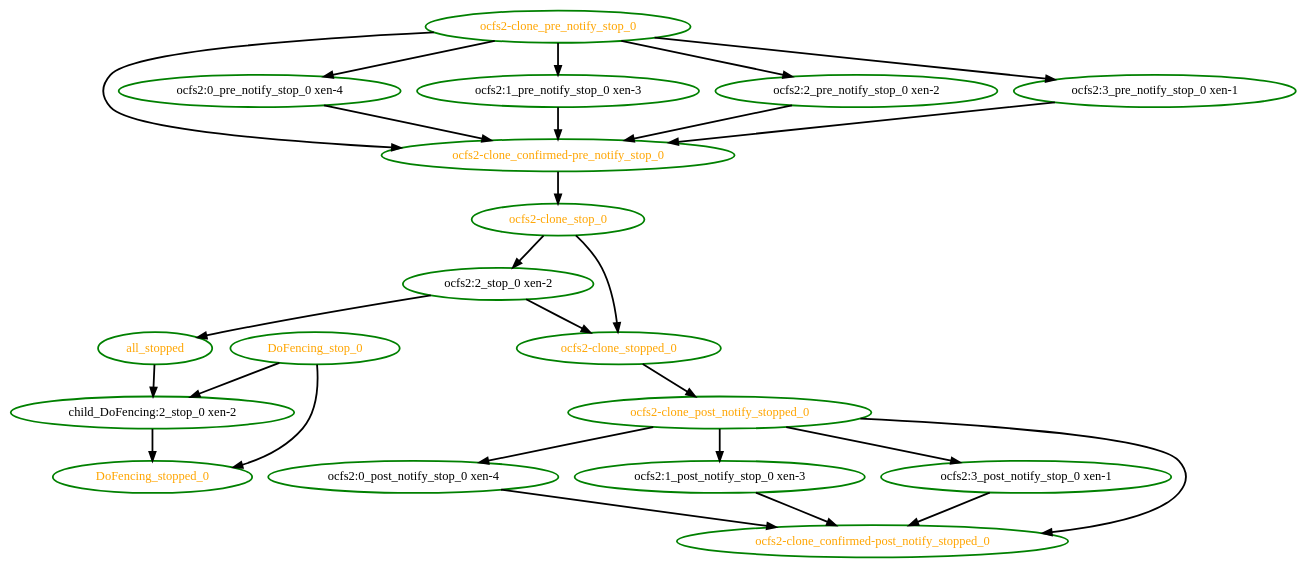
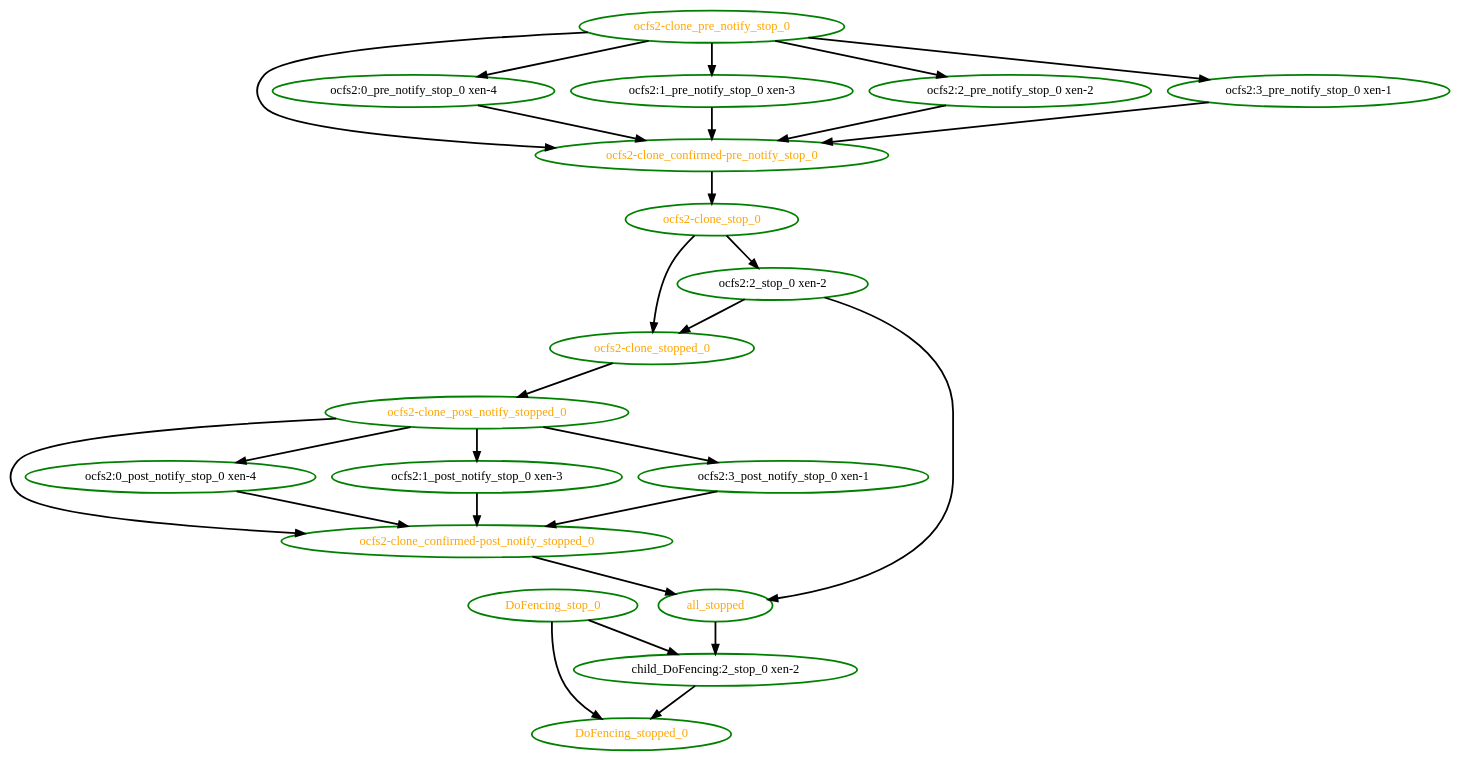
The diagram in pengine/test10/inc10.dot (linux-ha-japan/pm_diskd), drawn with Graphviz before and after one commit. The commit also changed 28 other files, not shown here.

Commit message:
Low: PE: Have post-notification of stops be an input to the all_stopped pseudo event

```diff
--- a/pengine/test10/inc10.dot
+++ b/pengine/test10/inc10.dot
@@ -1,46 +1,47 @@
  digraph "g" {
 "DoFencing_stop_0" -> "DoFencing_stopped_0" [ style = bold]
 "DoFencing_stop_0" -> "child_DoFencing:2_stop_0 xen-2" [ style = bold]
 "DoFencing_stop_0" [ style=bold color="green" fontcolor="orange" ]
 "DoFencing_stopped_0" [ style=bold color="green" fontcolor="orange" ]
 "all_stopped" -> "child_DoFencing:2_stop_0 xen-2" [ style = bold]
 "all_stopped" [ style=bold color="green" fontcolor="orange"  ]
 "child_DoFencing:2_stop_0 xen-2" -> "DoFencing_stopped_0" [ style = bold]
 "child_DoFencing:2_stop_0 xen-2" [ style=bold color="green" fontcolor="black" ]
+"ocfs2-clone_confirmed-post_notify_stopped_0" -> "all_stopped" [ style = bold]
 "ocfs2-clone_confirmed-post_notify_stopped_0" [ style=bold color="green" fontcolor="orange" ]
 "ocfs2-clone_confirmed-pre_notify_stop_0" -> "ocfs2-clone_stop_0" [ style = bold]
 "ocfs2-clone_confirmed-pre_notify_stop_0" [ style=bold color="green" fontcolor="orange" ]
 "ocfs2-clone_post_notify_stopped_0" -> "ocfs2-clone_confirmed-post_notify_stopped_0" [ style = bold]
 "ocfs2-clone_post_notify_stopped_0" -> "ocfs2:0_post_notify_stop_0 xen-4" [ style = bold]
 "ocfs2-clone_post_notify_stopped_0" -> "ocfs2:1_post_notify_stop_0 xen-3" [ style = bold]
 "ocfs2-clone_post_notify_stopped_0" -> "ocfs2:3_post_notify_stop_0 xen-1" [ style = bold]
 "ocfs2-clone_post_notify_stopped_0" [ style=bold color="green" fontcolor="orange" ]
 "ocfs2-clone_pre_notify_stop_0" -> "ocfs2-clone_confirmed-pre_notify_stop_0" [ style = bold]
 "ocfs2-clone_pre_notify_stop_0" -> "ocfs2:0_pre_notify_stop_0 xen-4" [ style = bold]
 "ocfs2-clone_pre_notify_stop_0" -> "ocfs2:1_pre_notify_stop_0 xen-3" [ style = bold]
 "ocfs2-clone_pre_notify_stop_0" -> "ocfs2:2_pre_notify_stop_0 xen-2" [ style = bold]
 "ocfs2-clone_pre_notify_stop_0" -> "ocfs2:3_pre_notify_stop_0 xen-1" [ style = bold]
 "ocfs2-clone_pre_notify_stop_0" [ style=bold color="green" fontcolor="orange" ]
 "ocfs2-clone_stop_0" -> "ocfs2-clone_stopped_0" [ style = bold]
 "ocfs2-clone_stop_0" -> "ocfs2:2_stop_0 xen-2" [ style = bold]
 "ocfs2-clone_stop_0" [ style=bold color="green" fontcolor="orange" ]
 "ocfs2-clone_stopped_0" -> "ocfs2-clone_post_notify_stopped_0" [ style = bold]
 "ocfs2-clone_stopped_0" [ style=bold color="green" fontcolor="orange" ]
 "ocfs2:0_post_notify_stop_0 xen-4" -> "ocfs2-clone_confirmed-post_notify_stopped_0" [ style = bold]
 "ocfs2:0_post_notify_stop_0 xen-4" [ style=bold color="green" fontcolor="black" ]
 "ocfs2:0_pre_notify_stop_0 xen-4" -> "ocfs2-clone_confirmed-pre_notify_stop_0" [ style = bold]
 "ocfs2:0_pre_notify_stop_0 xen-4" [ style=bold color="green" fontcolor="black" ]
 "ocfs2:1_post_notify_stop_0 xen-3" -> "ocfs2-clone_confirmed-post_notify_stopped_0" [ style = bold]
 "ocfs2:1_post_notify_stop_0 xen-3" [ style=bold color="green" fontcolor="black" ]
 "ocfs2:1_pre_notify_stop_0 xen-3" -> "ocfs2-clone_confirmed-pre_notify_stop_0" [ style = bold]
 "ocfs2:1_pre_notify_stop_0 xen-3" [ style=bold color="green" fontcolor="black" ]
 "ocfs2:2_pre_notify_stop_0 xen-2" -> "ocfs2-clone_confirmed-pre_notify_stop_0" [ style = bold]
 "ocfs2:2_pre_notify_stop_0 xen-2" [ style=bold color="green" fontcolor="black" ]
 "ocfs2:2_stop_0 xen-2" -> "all_stopped" [ style = bold]
 "ocfs2:2_stop_0 xen-2" -> "ocfs2-clone_stopped_0" [ style = bold]
 "ocfs2:2_stop_0 xen-2" [ style=bold color="green" fontcolor="black" ]
 "ocfs2:3_post_notify_stop_0 xen-1" -> "ocfs2-clone_confirmed-post_notify_stopped_0" [ style = bold]
 "ocfs2:3_post_notify_stop_0 xen-1" [ style=bold color="green" fontcolor="black" ]
 "ocfs2:3_pre_notify_stop_0 xen-1" -> "ocfs2-clone_confirmed-pre_notify_stop_0" [ style = bold]
 "ocfs2:3_pre_notify_stop_0 xen-1" [ style=bold color="green" fontcolor="black" ]
 }
```
